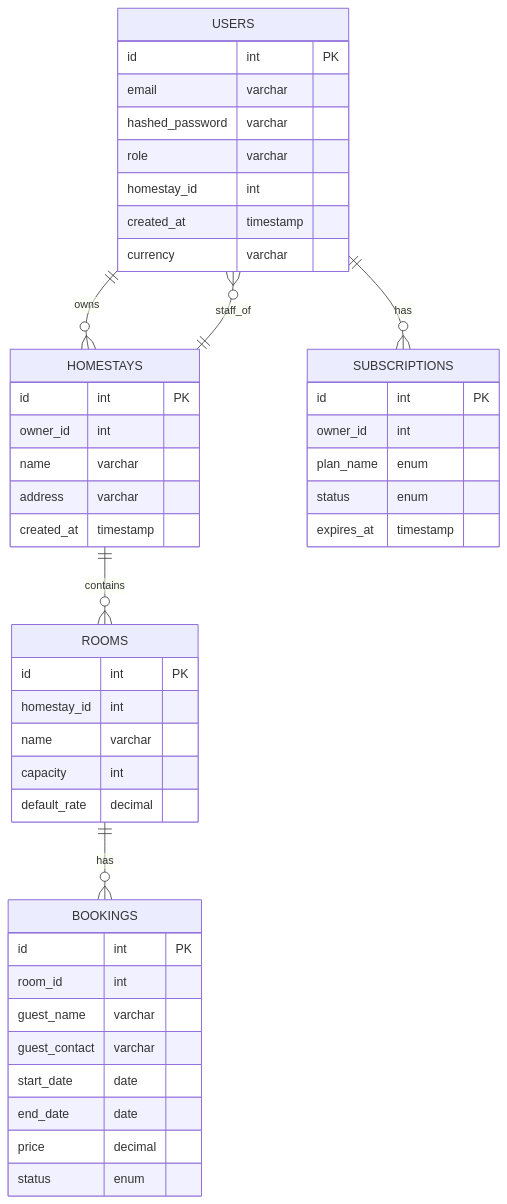
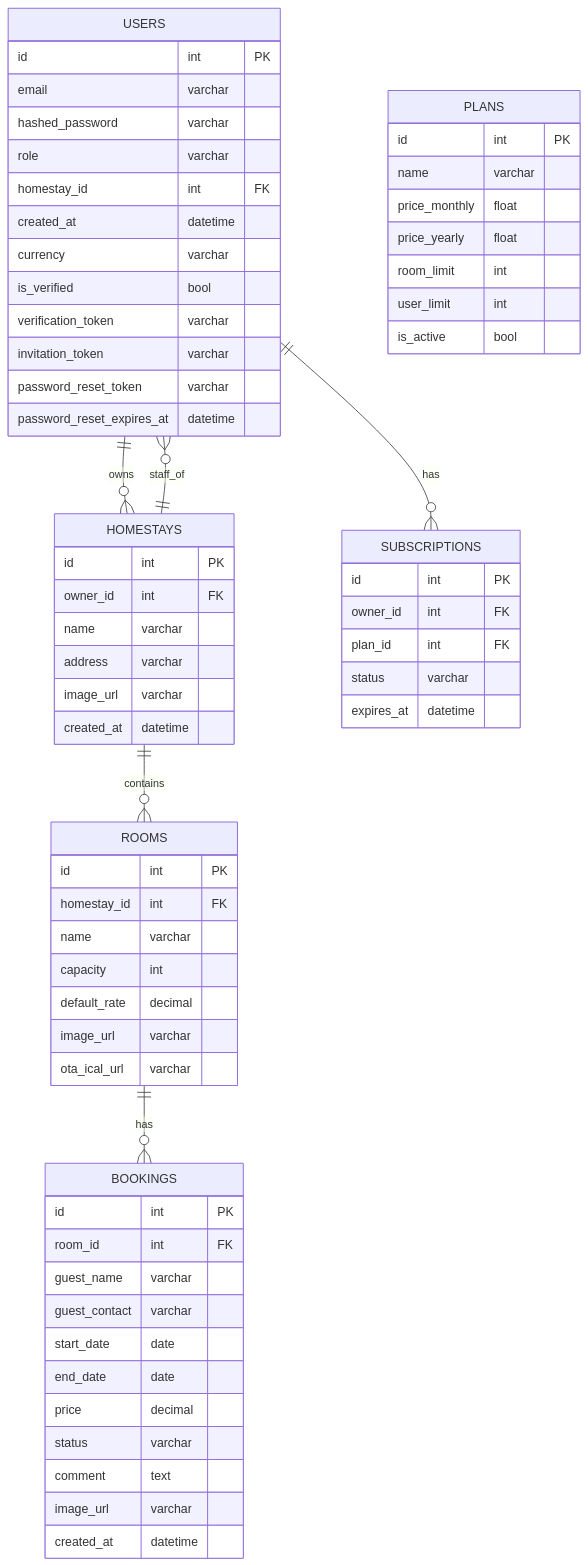
The second of 2 diagrams in README.md (netfirms/staycal), drawn with Mermaid before and after one commit. The commit also changed other lines of this file, not shown here.

````diff
--- a/README.md
+++ b/README.md
@@ -116,49 +95,74 @@
 ```mermaid
 erDiagram
   USERS ||--o{ HOMESTAYS : owns
   USERS ||--o{ SUBSCRIPTIONS : has
   HOMESTAYS ||--o{ ROOMS : contains
   HOMESTAYS ||--o{ USERS : staff_of
   ROOMS ||--o{ BOOKINGS : has
 
   USERS {
     id int PK
     email varchar
     hashed_password varchar
     role varchar
-    homestay_id int
-    created_at timestamp
+    homestay_id int FK
+    created_at datetime
     currency varchar
+    is_verified bool
+    verification_token varchar
+    invitation_token varchar
+    password_reset_token varchar
+    password_reset_expires_at datetime
   }
+
   SUBSCRIPTIONS {
     id int PK
-    owner_id int
-    plan_name enum
-    status enum
-    expires_at timestamp
+    owner_id int FK
+    plan_id int FK
+    status varchar
+    expires_at datetime
   }
+
+  PLANS {
+    id int PK
+    name varchar
+    price_monthly float
+    price_yearly float
+    room_limit int
+    user_limit int
+    is_active bool
+  }
+
   HOMESTAYS {
     id int PK
-    owner_id int
+    owner_id int FK
     name varchar
     address varchar
-    created_at timestamp
+    image_url varchar
+    created_at datetime
   }
+
   ROOMS {
     id int PK
-    homestay_id int
+    homestay_id int FK
     name varchar
     capacity int
     default_rate decimal
+    image_url varchar
+    ota_ical_url varchar
   }
+
   BOOKINGS {
     id int PK
-    room_id int
+    room_id int FK
     guest_name varchar
     guest_contact varchar
     start_date date
     end_date date
     price decimal
-    status enum
+    status varchar
+    comment text
+    image_url varchar
+    created_at datetime
   }
 ```
````
